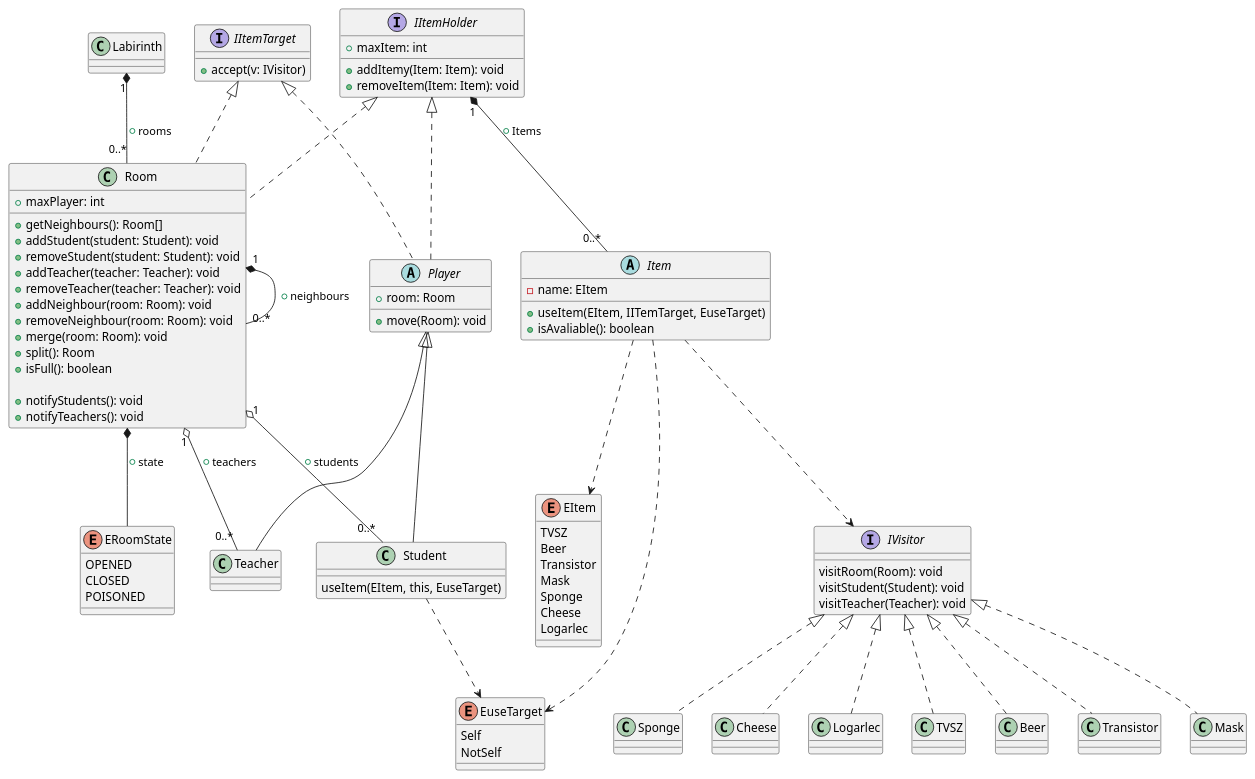
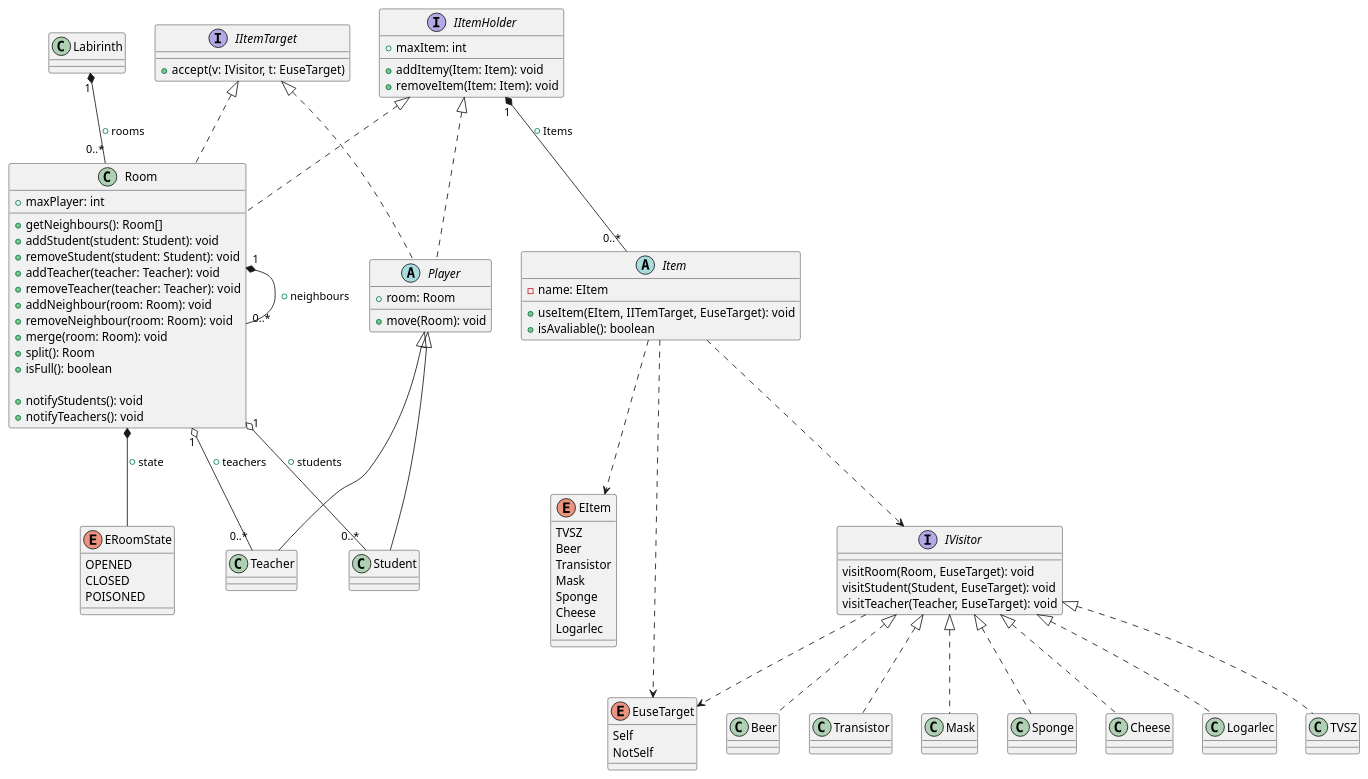
Before and after one commit to MBakter/echo: the diagram in class_uj.plantuml, drawn with PlantUML.

Commit message:
Ez után kiszedem az enumot

```diff
--- a/class_uj.plantuml
+++ b/class_uj.plantuml
@@ -1,115 +1,114 @@
 @startuml UML
 
 class Labirinth {
 
 }
 
 class Room implements IItemHolder, IItemTarget{
     + maxPlayer: int
 
     +getNeighbours(): Room[]
     +addStudent(student: Student): void
     +removeStudent(student: Student): void
     +addTeacher(teacher: Teacher): void
     +removeTeacher(teacher: Teacher): void
     +addNeighbour(room: Room): void
     +removeNeighbour(room: Room): void
     +merge(room: Room): void
     +split(): Room
     +isFull(): boolean
 
     +notifyStudents(): void
     +notifyTeachers(): void
 
 }
 
 abstract class Player implements IItemHolder, IItemTarget{
     + room: Room
     + move(Room): void
 }
 
 interface IVisitor {
-    visitRoom(Room): void
-    visitStudent(Student): void
-    visitTeacher(Teacher): void
+    visitRoom(Room, EuseTarget): void
+    visitStudent(Student, EuseTarget): void
+    visitTeacher(Teacher, EuseTarget): void
 }
 
 enum EItem{
     TVSZ
     Beer
     Transistor
     Mask
     Sponge
     Cheese
     Logarlec
 }
 
 abstract class Item{
     -name: EItem
-    + useItem(EItem, IITemTarget, EuseTarget)
+    + useItem(EItem, IITemTarget, EuseTarget): void
     + isAvaliable(): boolean
 }
 
 interface IItemTarget{
-    + accept(v: IVisitor)
+    + accept(v: IVisitor, t: EuseTarget)
 }
 
 class Teacher extends Player{}
 
 
 class Student extends Player{
-    useItem(EItem, this, EuseTarget)
 }
 
 enum EuseTarget{
     Self
     NotSelf
 }
 
 interface IItemHolder {
     + maxItem: int
     + addItemy(Item: Item): void
     + removeItem(Item: Item): void
 }
 
 enum ERoomState {
     OPENED
     CLOSED
     POISONED
 
 }
 
 class TVSZ implements IVisitor {
 }
 
 class Beer  implements IVisitor {
 }
 
 class Transistor implements IVisitor  {
 }
 
 class Mask  implements IVisitor  {
 }
 
 class Sponge  implements IVisitor  {
 }
 
 class Cheese  implements IVisitor {
 }
 
 class Logarlec  implements IVisitor  {
 }
 
 Room "1" o-- "0..*" Student: + students
 Room "1" o-- "0..*" Teacher: + teachers
 Room "1" *-- "0..*" Room: + neighbours
 IItemHolder "1" *-- "0..*" Item: + Items
 Room *-- ERoomState: + state
 Labirinth "1" *-- "0..*" Room: + rooms
 
 Item ..> IVisitor
 Item ..> EItem
-Student ..> EuseTarget
 Item ..> EuseTarget
+IVisitor ..> EuseTarget
 
 @enduml
```
